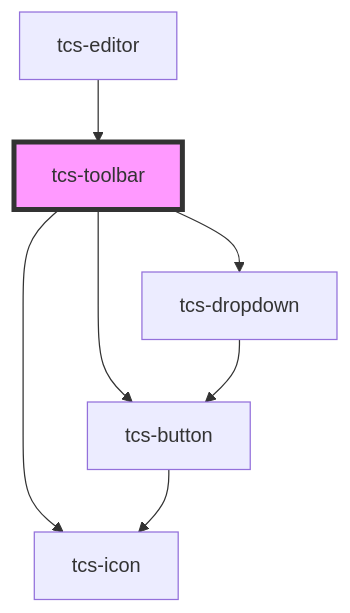
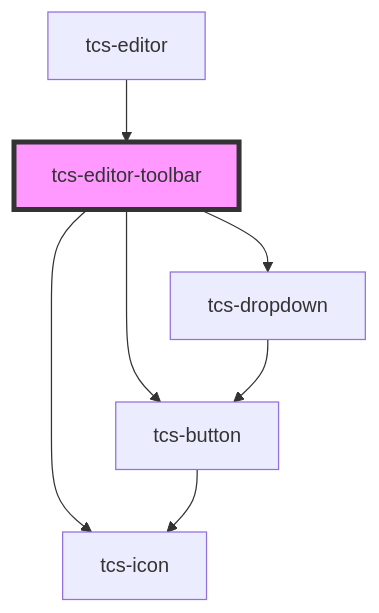
Before and after one commit to scribes-app/tei-component-suite: the diagram in src/components/tcs-editor-toolbar/readme.md, drawn with Mermaid. The commit also changed 17 other files, not shown here.

````diff
--- a/src/components/tcs-editor-toolbar/readme.md
+++ b/src/components/tcs-editor-toolbar/readme.md
@@ -55,10 +55,10 @@
 ```mermaid
 graph TD;
-  tcs-toolbar --> tcs-button
-  tcs-toolbar --> tcs-dropdown
-  tcs-toolbar --> tcs-icon
+  tcs-editor-toolbar --> tcs-button
+  tcs-editor-toolbar --> tcs-dropdown
+  tcs-editor-toolbar --> tcs-icon
   tcs-button --> tcs-icon
   tcs-dropdown --> tcs-button
-  tcs-editor --> tcs-toolbar
-  style tcs-toolbar fill:#f9f,stroke:#333,stroke-width:4px
+  tcs-editor --> tcs-editor-toolbar
+  style tcs-editor-toolbar fill:#f9f,stroke:#333,stroke-width:4px
 ```
````
